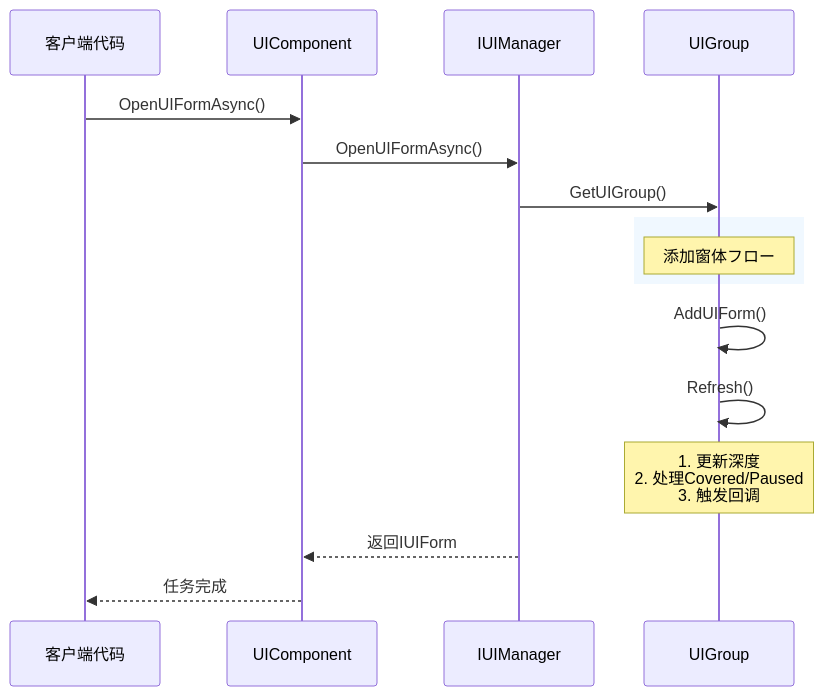
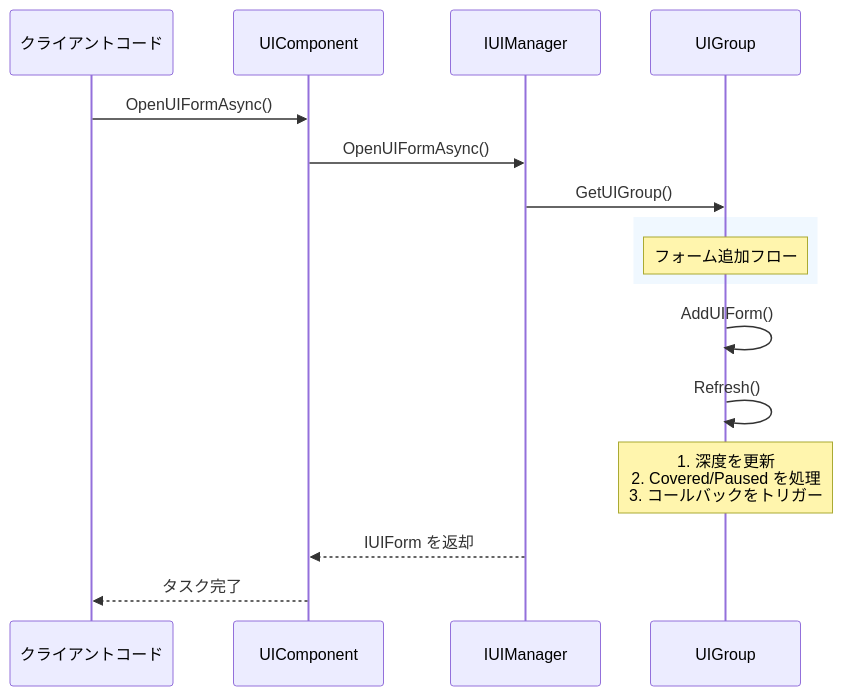
Before and after one commit to AlianBlank/GameFrameX.Docs: the third of 4 diagrams in docs/ja/client/unity/component/ui/07.ui-group.md, drawn with Mermaid. The commit also changed other lines of this file and 320 other files, not shown here.

````diff
--- a/docs/ja/client/unity/component/ui/07.ui-group.md
+++ b/docs/ja/client/unity/component/ui/07.ui-group.md
@@ -188,22 +187,22 @@
 ```mermaid
 sequenceDiagram
-    participant Client as 客户端代码
+    participant Client as クライアントコード
     participant UIComp as UIComponent
     participant Manager as IUIManager
     participant Group as UIGroup
     
     Client->>UIComp: OpenUIFormAsync()
     UIComp->>Manager: OpenUIFormAsync()
     Manager->>Group: GetUIGroup()
     
     rect rgb(240, 248, 255)
-        Note over Group: 添加窗体フロー
+        Note over Group: フォーム追加フロー
     end
     
     Group->>Group: AddUIForm()
     Group->>Group: Refresh()
-    Note over Group: 1. 更新深度<br/>2. 处理Covered/Paused<br/>3. 触发回调
+    Note over Group: 1. 深度を更新<br/>2. Covered/Paused を処理<br/>3. コールバックをトリガー
     
-    Manager-->>UIComp: 返回IUIForm
-    UIComp-->>Client: 任务完成
+    Manager-->>UIComp: IUIForm を返却
+    UIComp-->>Client: タスク完了
 ```
````
